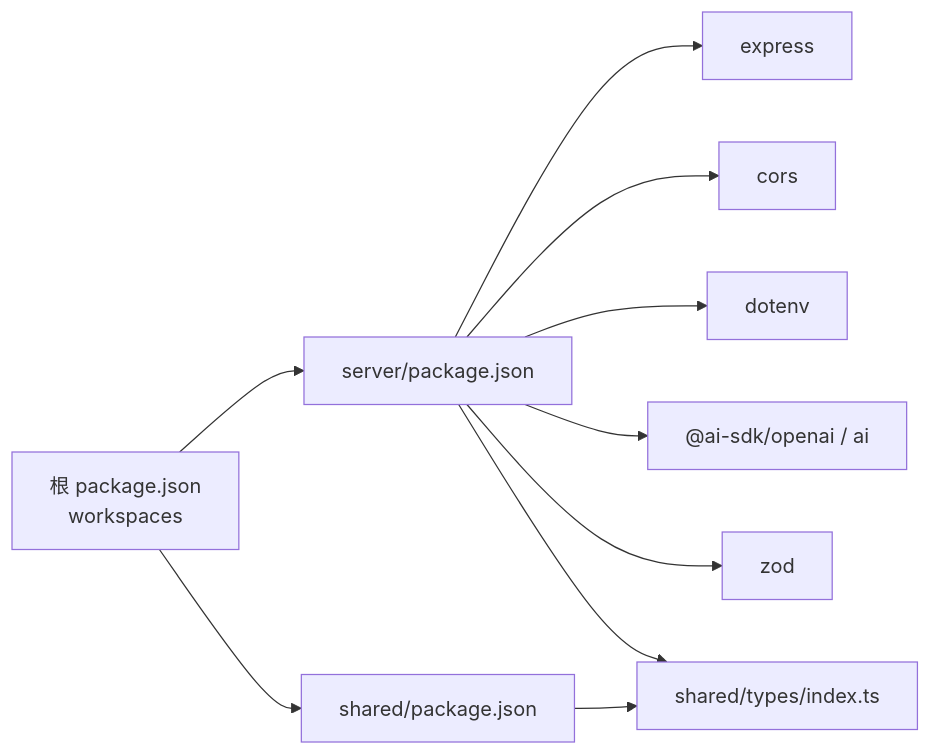
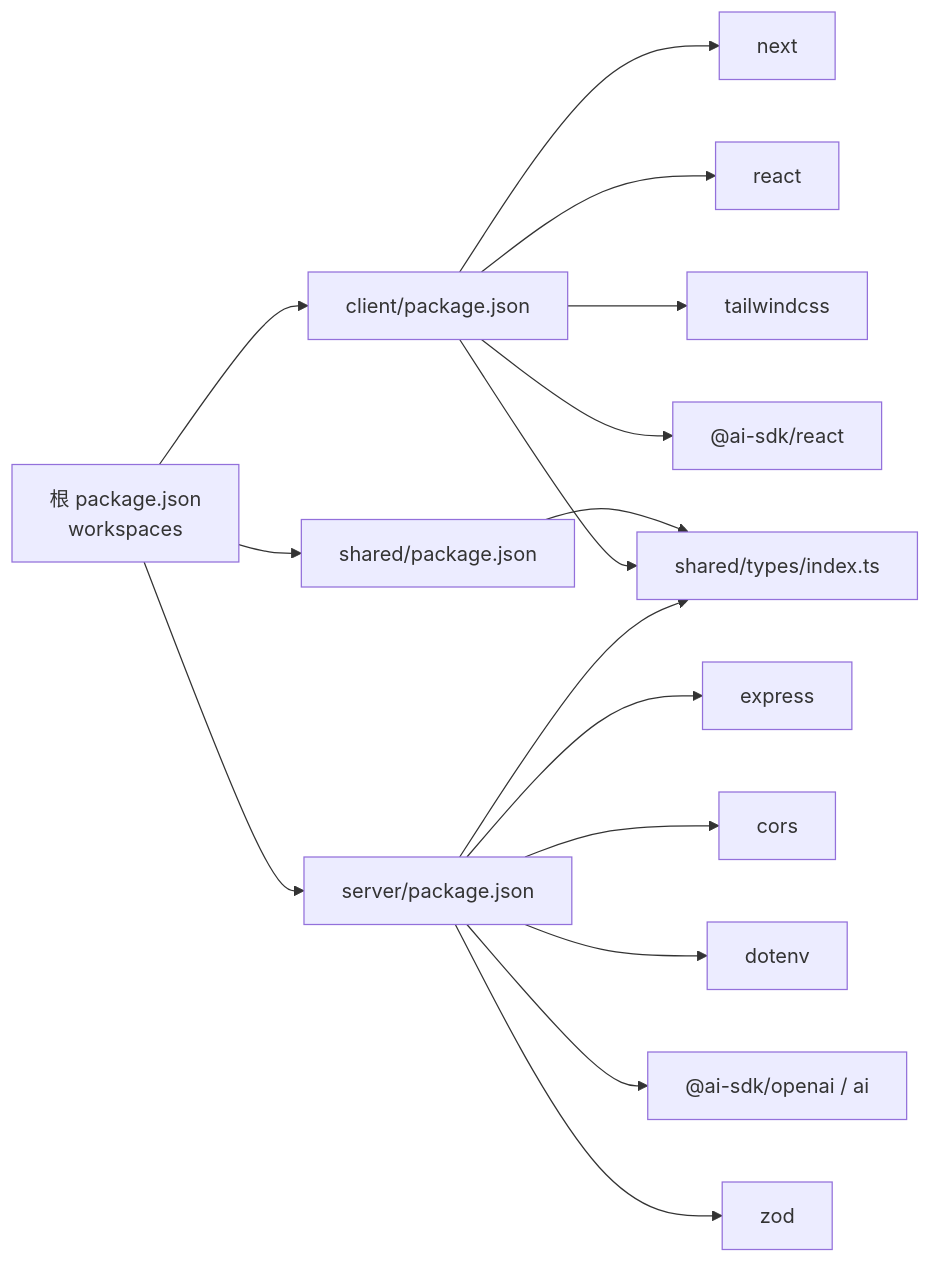
One commit to aHin0805/FH6CarSettingAgent changed the eighth of 8 diagrams in .qoder/repowiki/zh/content/系统架构.md. Above: the diagram before and after it, drawn with Mermaid. The commit also changed other lines of this file and 12 other files, not shown here.

````diff
--- a/.qoder/repowiki/zh/content/系统架构.md
+++ b/.qoder/repowiki/zh/content/系统架构.md
@@ -230,12 +338,18 @@
 ```mermaid
 graph LR
-RootPkg["根 package.json<br/>workspaces"] --> ServerPkg["server/package.json"]
+RootPkg["根 package.json<br/>workspaces"] --> ClientPkg["client/package.json"]
+RootPkg --> ServerPkg["server/package.json"]
 RootPkg --> SharedPkg["shared/package.json"]
+ClientPkg --> NextDep["next"]
+ClientPkg --> ReactDep["react"]
+ClientPkg --> TailwindDep["tailwindcss"]
+ClientPkg --> AIReactDep["@ai-sdk/react"]
 ServerPkg --> ExpressDep["express"]
 ServerPkg --> CorsDep["cors"]
 ServerPkg --> DotenvDep["dotenv"]
 ServerPkg --> AiSDK["@ai-sdk/openai / ai"]
 ServerPkg --> ZodDep["zod"]
 SharedPkg --> TypesIndex["shared/types/index.ts"]
+ClientPkg --> TypesIndex
 ServerPkg --> TypesIndex
 ```
````
